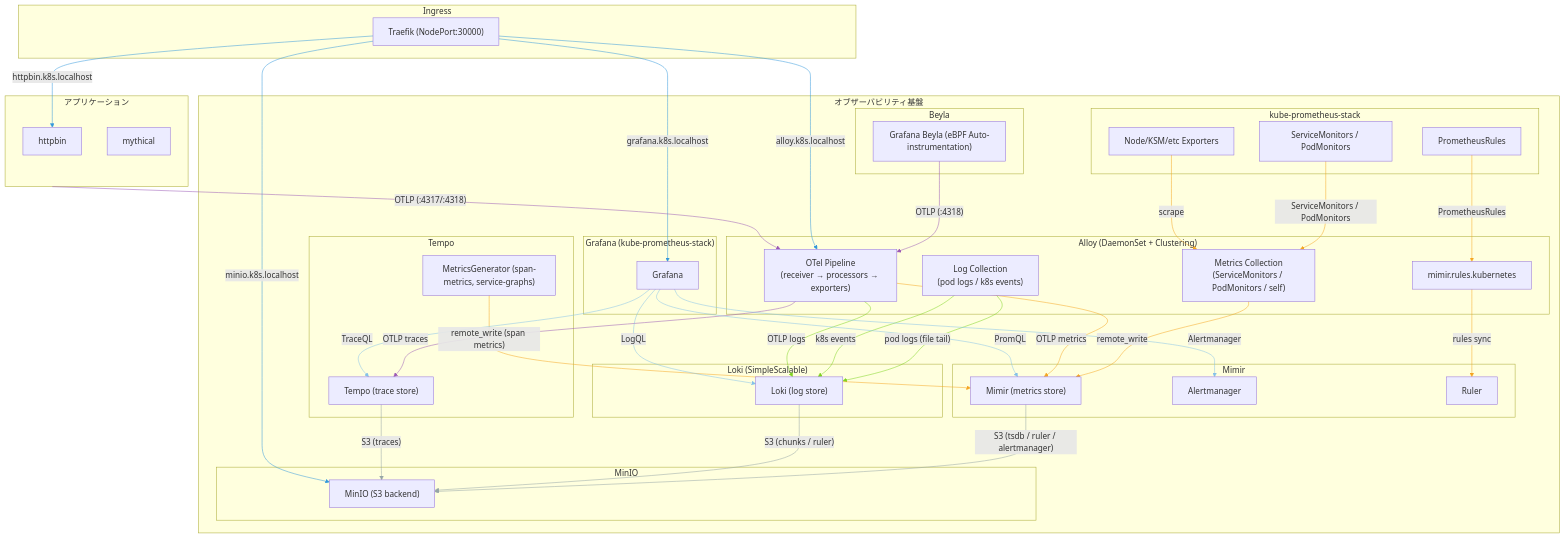
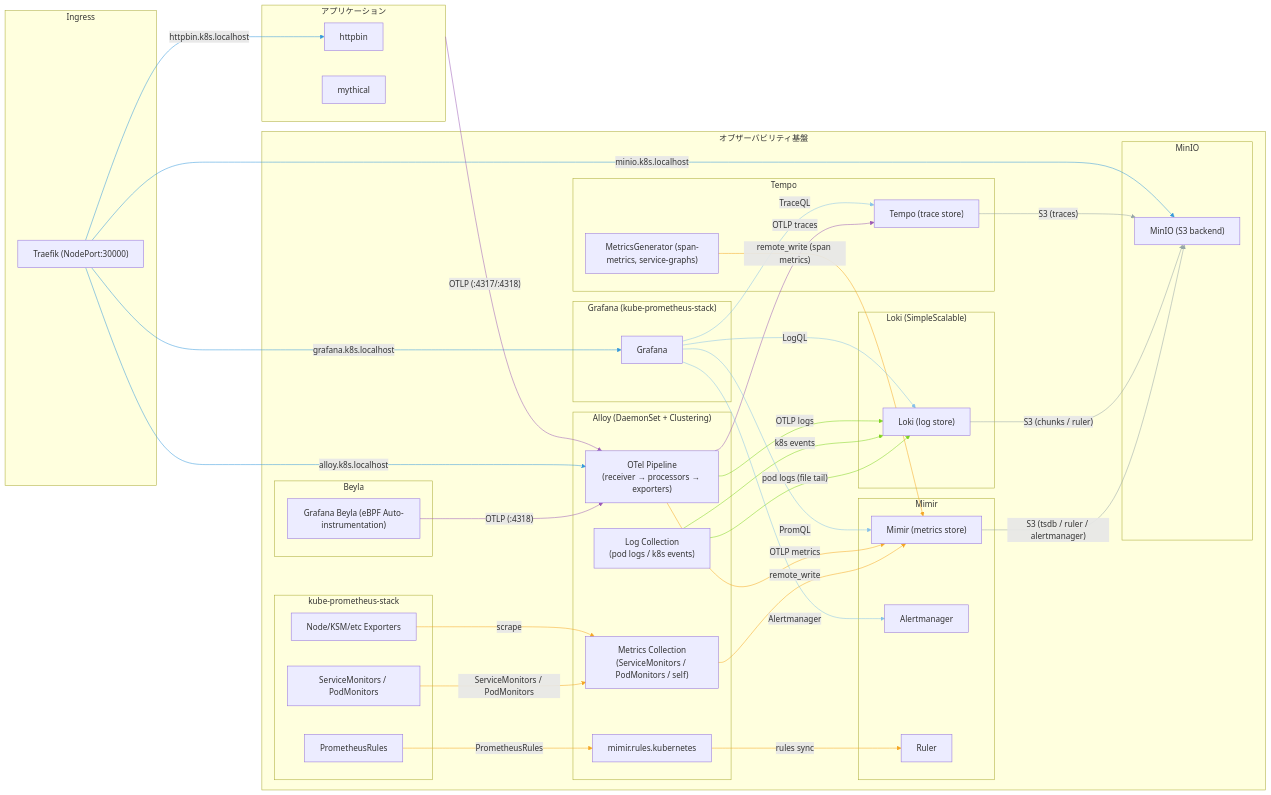
Before and after one commit to buzztaiki/sandbox: the diagram in k8s/alloy-kube-prom-stack/README.md, drawn with Mermaid.

Commit message:
change diagram direction to LR and reorder subgraphs

````diff
--- a/k8s/alloy-kube-prom-stack/README.md
+++ b/k8s/alloy-kube-prom-stack/README.md
@@ -32,34 +32,26 @@
 ```mermaid
-graph TB
-    subgraph ingress["Ingress"]
-        traefik["Traefik (NodePort:30000)"]
-    end
-
+graph LR
     subgraph apps["アプリケーション"]
         httpbin["httpbin"]
         mythical["mythical"]
     end
 
     subgraph observability["オブザーバビリティ基盤"]
-        subgraph alloy_ns["Alloy (DaemonSet + Clustering)"]
-            alloy_metrics["Metrics Collection\n(ServiceMonitors / PodMonitors / self)"]
-            alloy_logs["Log Collection\n(pod logs / k8s events)"]
-            alloy_otel["OTel Pipeline\n(receiver → processors → exporters)"]
-            alloy_rules["mimir.rules.kubernetes"]
+        subgraph kps["kube-prometheus-stack"]
+            kube_monitors["ServiceMonitors / PodMonitors"]
+            kube_rules["PrometheusRules"]
+            exporters["Node/KSM/etc Exporters"]
         end
 
         subgraph beyla_ns["Beyla"]
             beyla["Grafana Beyla (eBPF Auto-instrumentation)"]
         end
 
-        subgraph grafana_ns["Grafana (kube-prometheus-stack)"]
-            grafana["Grafana"]
-        end
-
-        subgraph kps["kube-prometheus-stack"]
-            kube_monitors["ServiceMonitors / PodMonitors"]
-            kube_rules["PrometheusRules"]
-            exporters["Node/KSM/etc Exporters"]
+        subgraph alloy_ns["Alloy (DaemonSet + Clustering)"]
+            alloy_metrics["Metrics Collection\n(ServiceMonitors / PodMonitors / self)"]
+            alloy_logs["Log Collection\n(pod logs / k8s events)"]
+            alloy_otel["OTel Pipeline\n(receiver → processors → exporters)"]
+            alloy_rules["mimir.rules.kubernetes"]
         end
 
         subgraph mimir_ns["Mimir"]
@@ -80,6 +72,14 @@
         subgraph minio_ns["MinIO"]
             minio["MinIO (S3 backend)"]
         end
+
+        subgraph grafana_ns["Grafana (kube-prometheus-stack)"]
+            grafana["Grafana"]
+        end
+    end
+
+    subgraph ingress["Ingress"]
+        traefik["Traefik (NodePort:30000)"]
     end
 
     %% eBPF instrumentation
````
